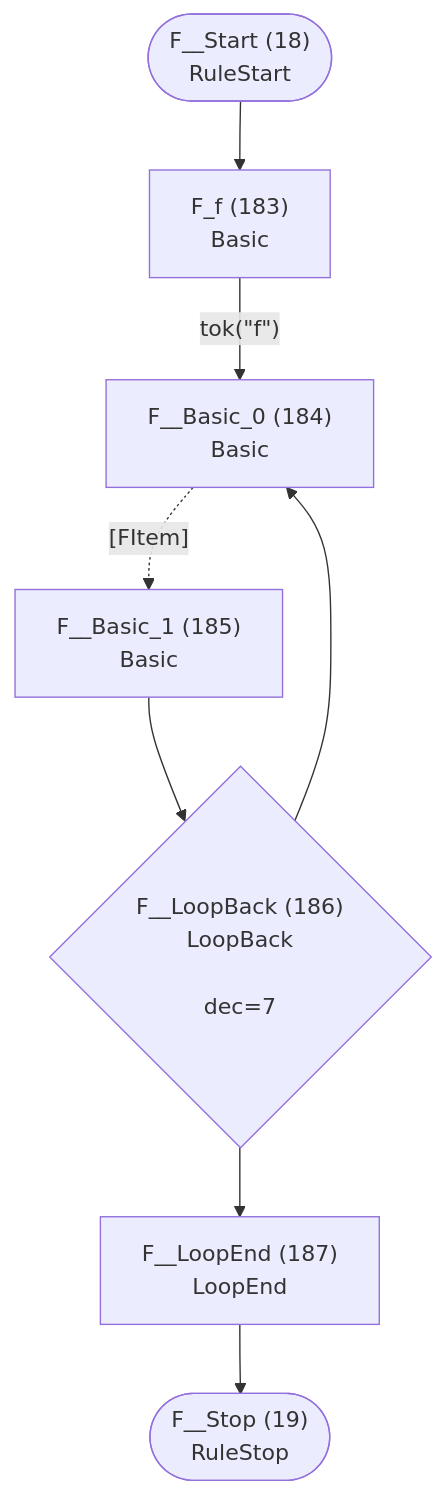
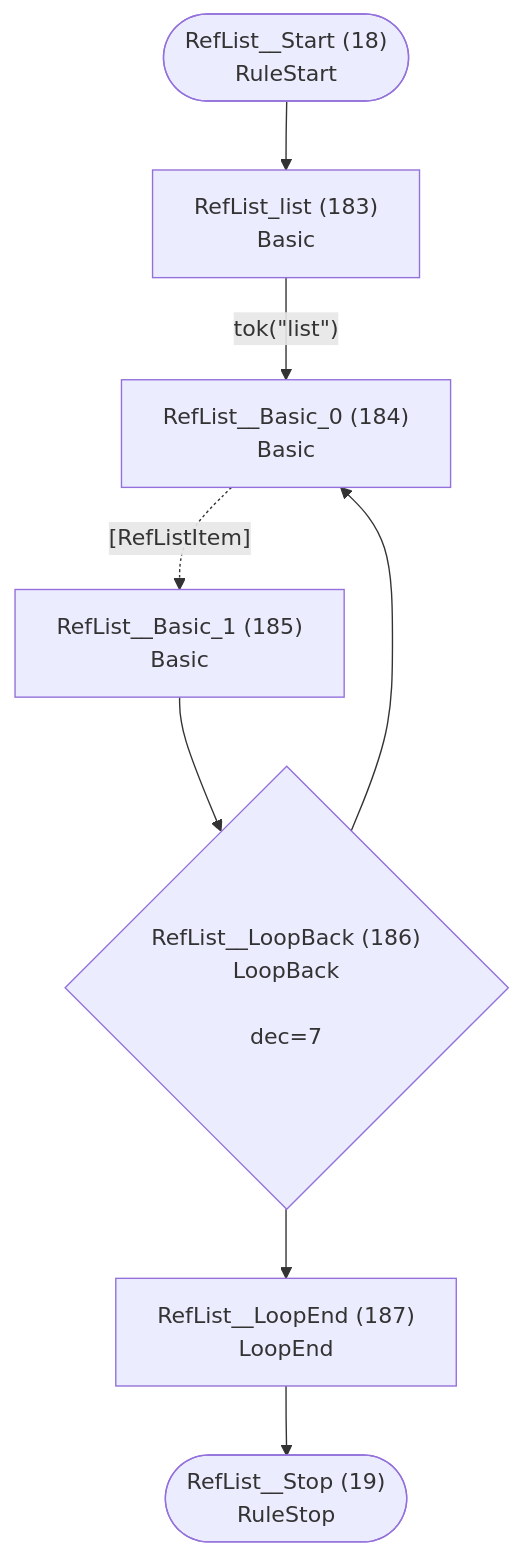
Before and after one commit to TypeFox/fastbelt: the tenth of 41 diagrams in internal/languages/completion/atn.md, drawn with Mermaid. The commit also changed other lines of this file and 11 other files, not shown here.

````diff
--- a/internal/languages/completion/atn.md
+++ b/internal/languages/completion/atn.md
@@ -327,18 +327,18 @@
 ```mermaid
 flowchart TD
-    q18(["F__Start (18)<br/>RuleStart"])
-    q19(["F__Stop (19)<br/>RuleStop"])
-    q183["F_f (183)<br/>Basic<br/>"]
-    q184["F__Basic_0 (184)<br/>Basic<br/>"]
-    q185["F__Basic_1 (185)<br/>Basic<br/>"]
-    q186{"F__LoopBack (186)<br/>LoopBack<br/><br/>dec=7"}
-    q187["F__LoopEnd (187)<br/>LoopEnd<br/>"]
+    q18(["RefList__Start (18)<br/>RuleStart"])
+    q19(["RefList__Stop (19)<br/>RuleStop"])
+    q183["RefList_list (183)<br/>Basic<br/>"]
+    q184["RefList__Basic_0 (184)<br/>Basic<br/>"]
+    q185["RefList__Basic_1 (185)<br/>Basic<br/>"]
+    q186{"RefList__LoopBack (186)<br/>LoopBack<br/><br/>dec=7"}
+    q187["RefList__LoopEnd (187)<br/>LoopEnd<br/>"]
 
     q18 --> q183
-    q183 -->|"tok(&quot;f&quot;)"| q184
-    q184 -.->|"[FItem]"| q185
+    q183 -->|"tok(&quot;list&quot;)"| q184
+    q184 -.->|"[RefListItem]"| q185
     q185 --> q186
     q186 --> q184
     q186 --> q187
     q187 --> q19
 ```
````
